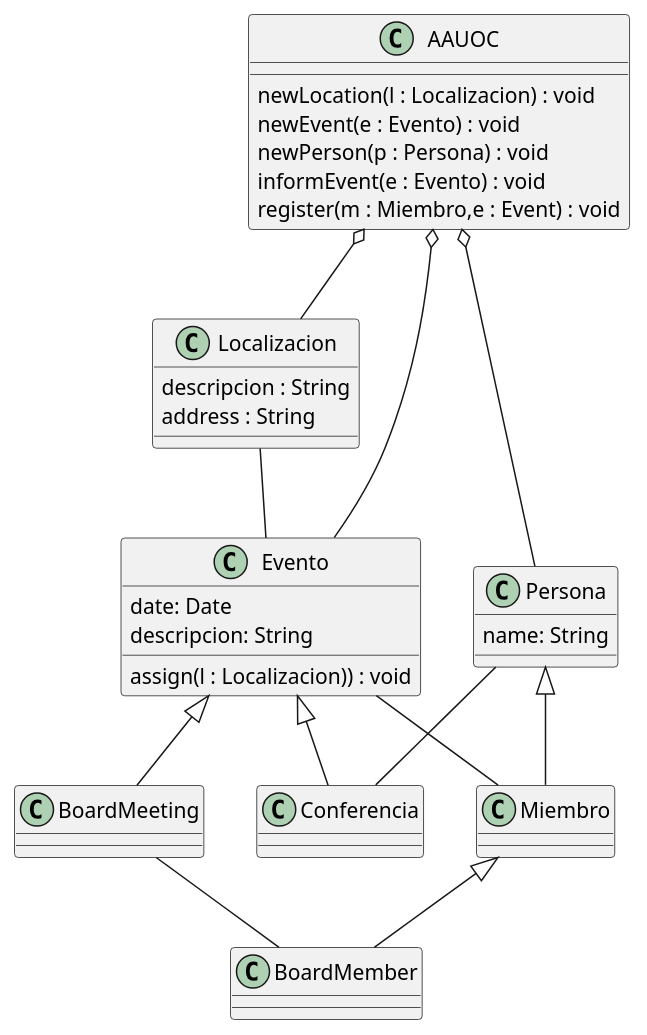
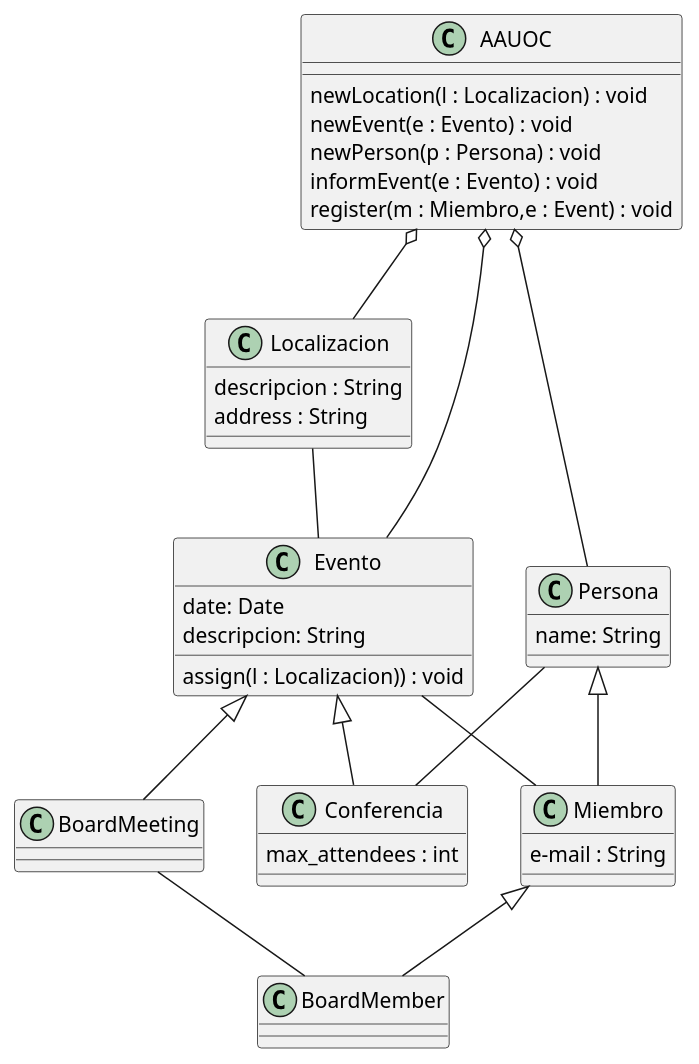
One commit to abrahambelen/UMLClasesAbrahamBelenDuran changed the diagram in src/EjercicioUML.puml. Above: the diagram before and after it, drawn with PlantUML.

Commit message:
Miem, Conferen, BrdMem y BrdMeet métodos y atributos

```diff
--- a/src/EjercicioUML.puml
+++ b/src/EjercicioUML.puml
@@ -1,63 +1,63 @@
 @startuml
 
 class Miembro{
-
+e-mail : String
 
 }
 
 class BoardMember{
 
 }
 
 class Evento{
 date: Date
 descripcion: String
 assign(l : Localizacion)) : void
 
 }
 
 class Conferencia{
-
+max_attendees : int
 }
 
 class BoardMeeting{
 
 }
 
 class Localizacion{
 descripcion : String
 address : String
 }
 
 class Persona{
 name: String
 
 }
 
 class AAUOC{
 newLocation(l : Localizacion) : void
 newEvent(e : Evento) : void
 newPerson(p : Persona) : void
 informEvent(e : Evento) : void
 register(m : Miembro,e : Event) : void
 }
 
 Evento <|-- Conferencia
 Evento <|-- BoardMeeting
 
 Persona <|-- Miembro
 Miembro <|-- BoardMember
 
 AAUOC o-- Persona
 AAUOC o-- Localizacion
 AAUOC o-- Evento
 
 Persona -- Conferencia
 
 BoardMeeting -- BoardMember
 
 Evento -- Miembro
 
 Localizacion -- Evento
 
 @enduml
```
